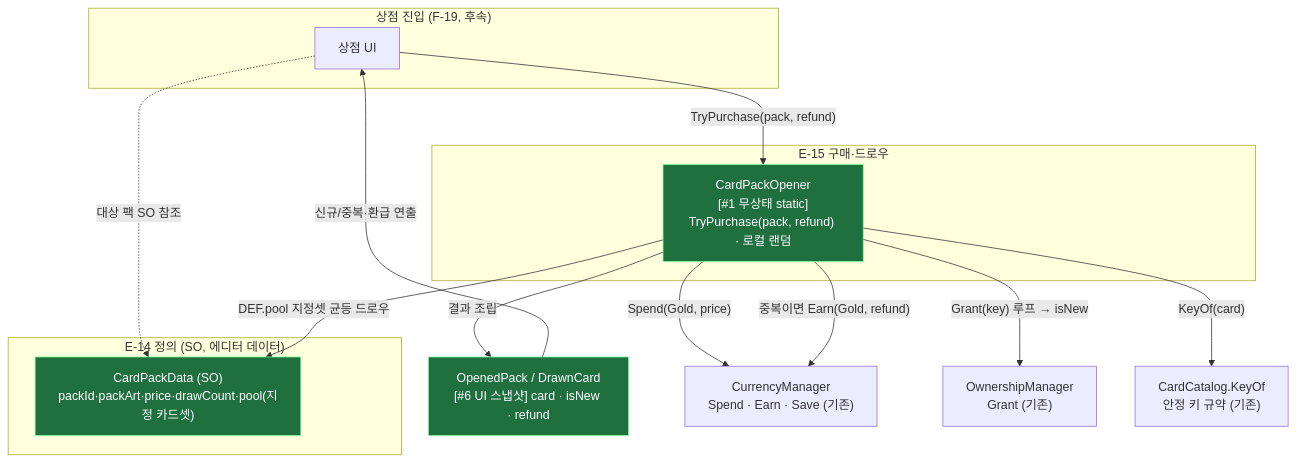
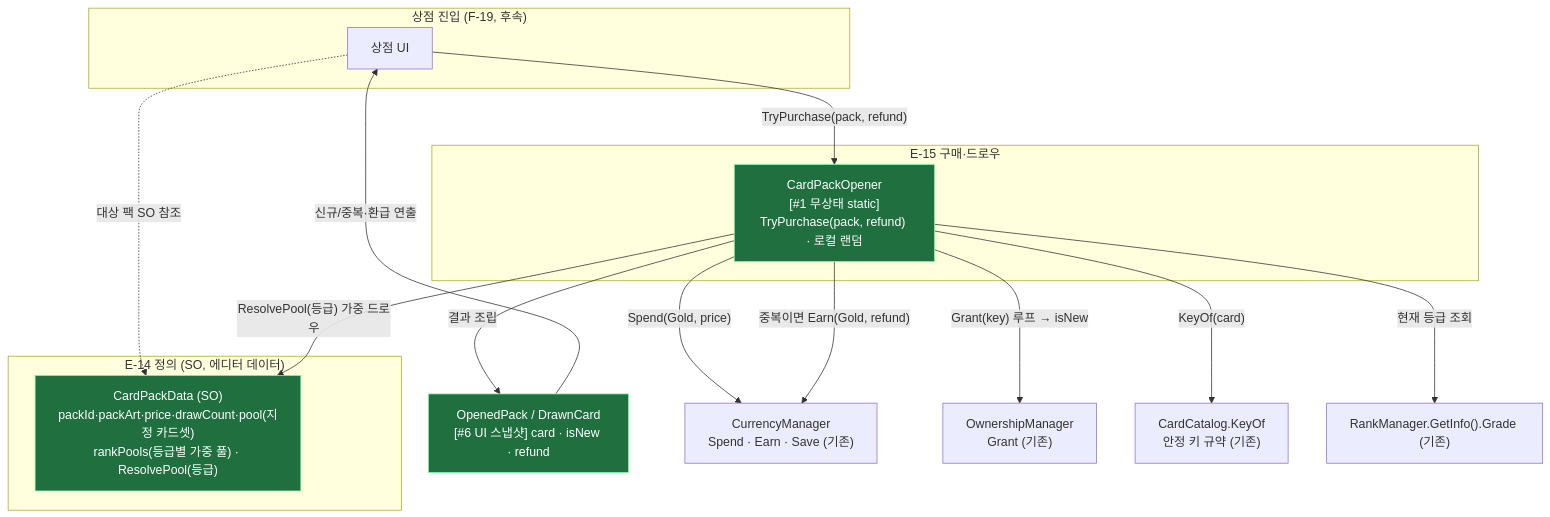
The fourth of 19 diagrams in docs/OutGamePlan/STRUCTURE.md (hspark-maker/TeamfightTCG_Migriation), drawn with Mermaid before and after one commit. The commit also changed other lines of this file and 43 other files, not shown here.

````diff
--- a/docs/OutGamePlan/STRUCTURE.md
+++ b/docs/OutGamePlan/STRUCTURE.md
@@ -140,29 +140,31 @@
 ```mermaid
 flowchart TD
     subgraph shop["상점 진입 (F-19, 후속)"]
         SHOP["상점 UI"]
     end
     subgraph def["E-14 정의 (SO, 에디터 데이터)"]
-        DEF["CardPackData (SO)<br/>packId·packArt·price·drawCount·pool(지정 카드셋)"]:::new
+        DEF["CardPackData (SO)<br/>packId·packArt·price·drawCount·pool(지정 카드셋)<br/>rankPools(등급별 가중 풀) · ResolvePool(등급)"]:::new
     end
     subgraph svc["E-15 구매·드로우"]
         SVC["CardPackOpener<br/>[#1 무상태 static]<br/>TryPurchase(pack, refund) · 로컬 랜덤"]:::new
     end
     RES["OpenedPack / DrawnCard<br/>[#6 UI 스냅샷] card · isNew · refund"]:::new
 
     CUR["CurrencyManager<br/>Spend · Earn · Save (기존)"]
     OWN["OwnershipManager<br/>Grant (기존)"]
     KEY["CardCatalog.KeyOf<br/>안정 키 규약 (기존)"]
+    RANK["RankManager.GetInfo().Grade (기존)"]
 
     SHOP -->|"TryPurchase(pack, refund)"| SVC
     SHOP -.->|"대상 팩 SO 참조"| DEF
+    SVC -->|"현재 등급 조회"| RANK
     SVC -->|"Spend(Gold, price)"| CUR
-    SVC -->|"DEF.pool 지정셋 균등 드로우"| DEF
+    SVC -->|"ResolvePool(등급) 가중 드로우"| DEF
     SVC -->|"KeyOf(card)"| KEY
     SVC -->|"Grant(key) 루프 → isNew"| OWN
     SVC -->|"중복이면 Earn(Gold, refund)"| CUR
     SVC -->|"결과 조립"| RES
     RES -->|"신규/중복·환급 연출"| SHOP
 
     classDef new fill:#1f6f3f,stroke:#7CFC9E,color:#fff;
 ```
````
